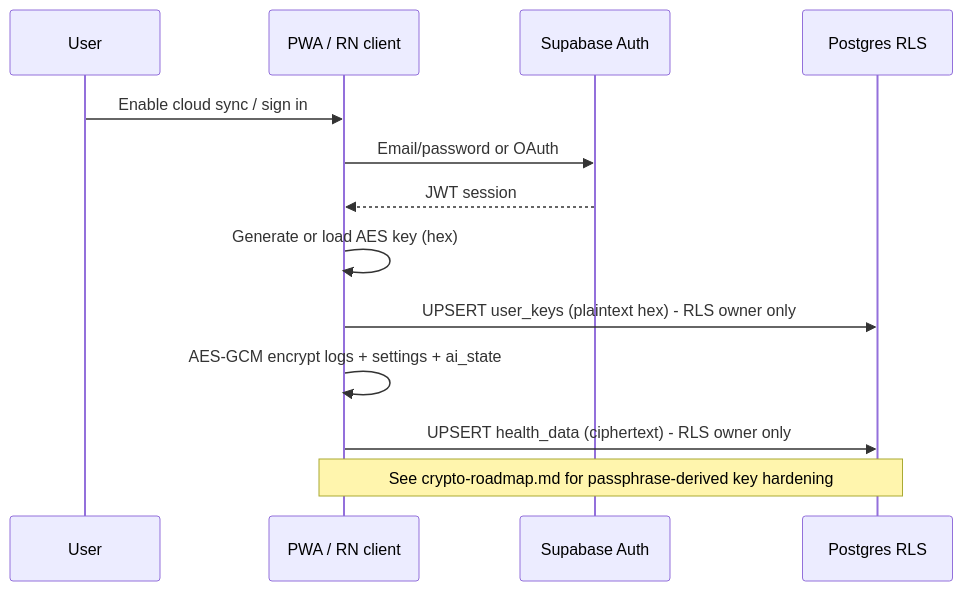
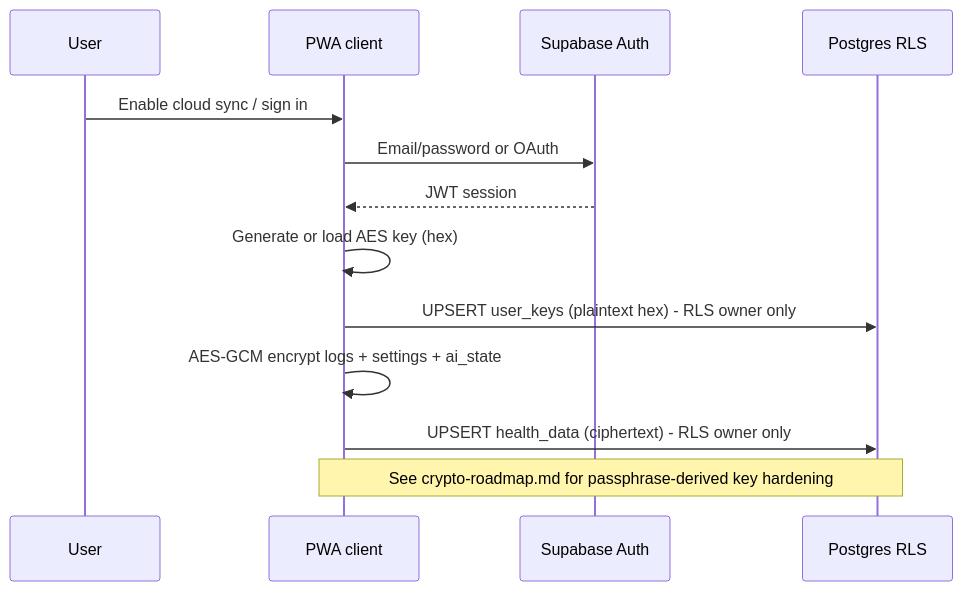
The second of 5 diagrams in docs/threat-model.md (Metaheurist/Rianell), drawn with Mermaid before and after one commit. The commit also changed other lines of this file and 57 other files, not shown here.

````diff
--- a/docs/threat-model.md
+++ b/docs/threat-model.md
@@ -116,16 +109,16 @@
 ```mermaid
 sequenceDiagram
   participant U as User
-  participant C as PWA / RN client
+  participant C as PWA client
   participant S as Supabase Auth
   participant DB as Postgres RLS
 
   U->>C: Enable cloud sync / sign in
   C->>S: Email/password or OAuth
   S-->>C: JWT session
   C->>C: Generate or load AES key (hex)
   C->>DB: UPSERT user_keys (plaintext hex) - RLS owner only
   C->>C: AES-GCM encrypt logs + settings + ai_state
   C->>DB: UPSERT health_data (ciphertext) - RLS owner only
   Note over C,DB: See crypto-roadmap.md for passphrase-derived key hardening
 ```
````
